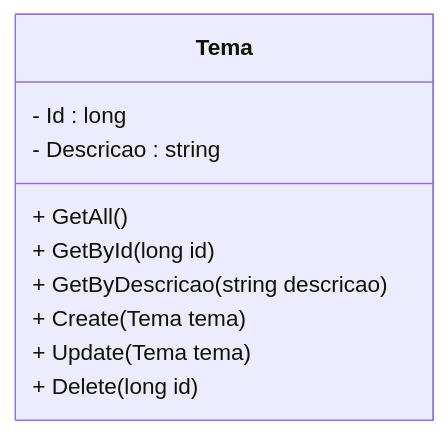
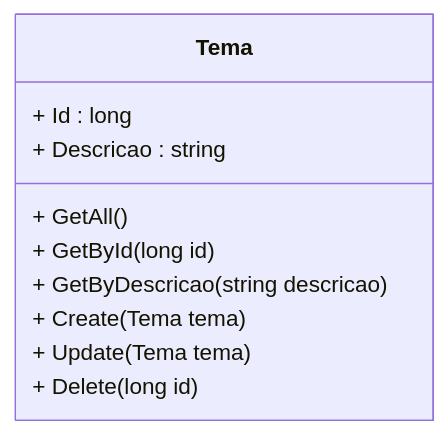
Before and after one commit to conteudoGeneration/cookbook_csharp: the first of 4 diagrams in 04_aspnet/14.md, drawn with Mermaid. The commit also changed other lines of this file and 12 other files, not shown here.

````diff
--- a/04_aspnet/14.md
+++ b/04_aspnet/14.md
@@ -22,13 +22,13 @@
 ```mermaid
 classDiagram
 class Tema {
-  - Id : long
-  - Descricao : string
+  + Id : long
+  + Descricao : string
   + GetAll()
   + GetById(long id)
   + GetByDescricao(string descricao)
   + Create(Tema tema)
   + Update(Tema tema)
   + Delete(long id)
 }
 ```
````
